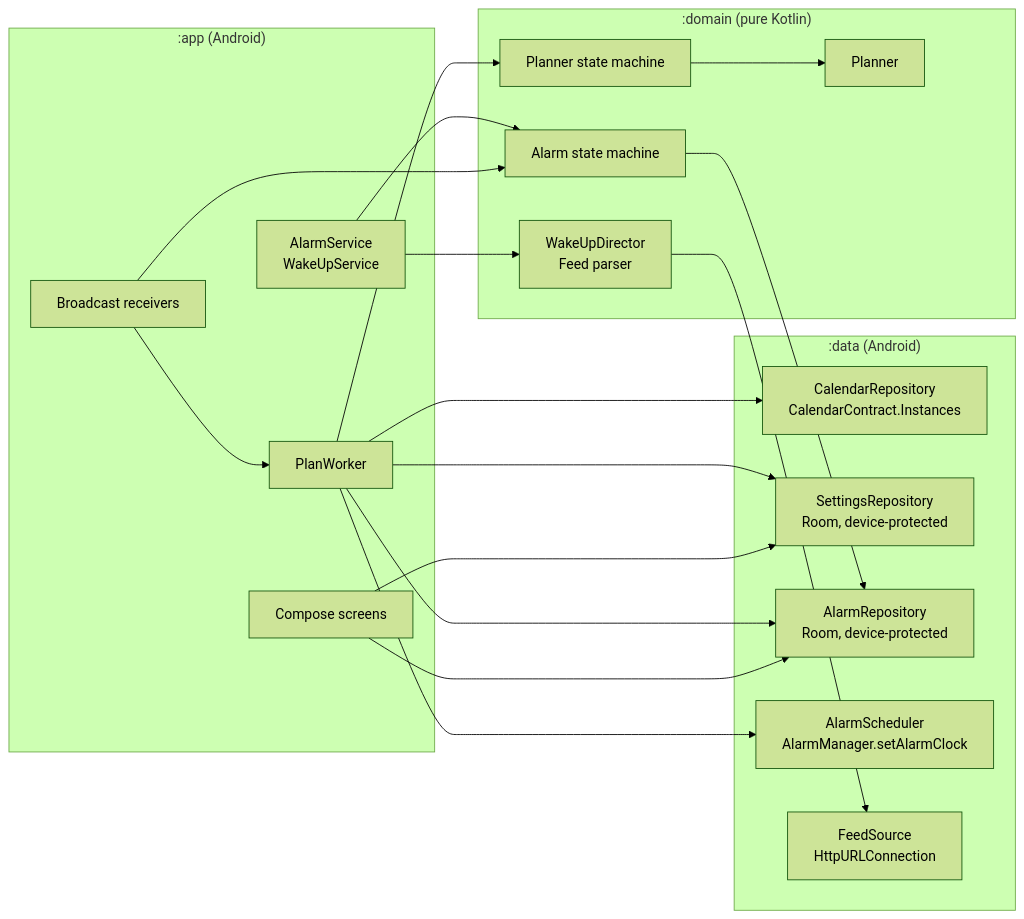
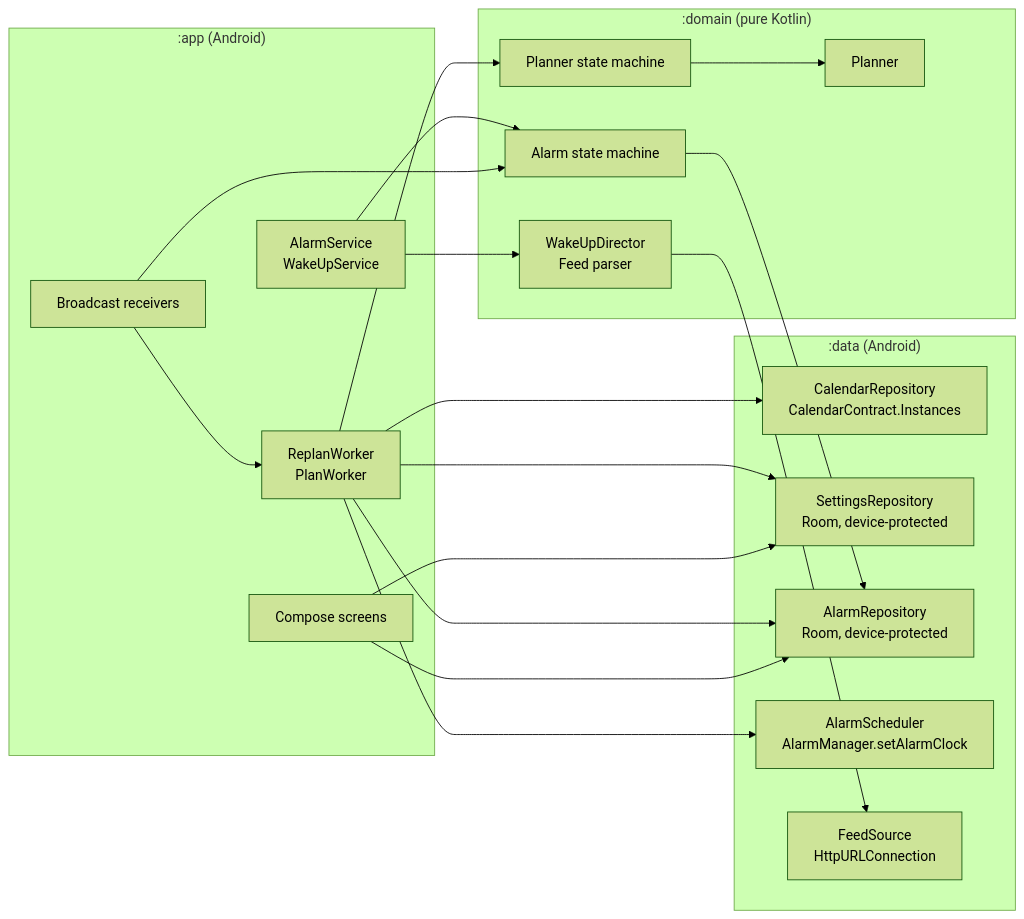
One commit to drehtuer/NextAlarmApp changed the first of 7 diagrams in docs/architecture.md. Above: the diagram before and after it, drawn with Mermaid (forest theme). The commit also changed other lines of this file and 12 other files, not shown here.

````diff
--- a/docs/architecture.md
+++ b/docs/architecture.md
@@ -43,36 +44,36 @@
 ```mermaid
 flowchart LR
     subgraph app[":app (Android)"]
         UI[Compose screens]
         RCV[Broadcast receivers]
         SVC[AlarmService<br/>WakeUpService]
-        WRK[PlanWorker]
+        WRK[ReplanWorker<br/>PlanWorker]
     end
     subgraph data[":data (Android)"]
         CAL[CalendarRepository<br/>CalendarContract.Instances]
         SET[SettingsRepository<br/>Room, device-protected]
         DB[AlarmRepository<br/>Room, device-protected]
         SCH[AlarmScheduler<br/>AlarmManager.setAlarmClock]
         FEED[FeedSource<br/>HttpURLConnection]
     end
     subgraph domain[":domain (pure Kotlin)"]
         PL[Planner]
         PSM[Planner state machine]
         ASM[Alarm state machine]
         WUD[WakeUpDirector<br/>Feed parser]
     end
     UI --> SET
     UI --> DB
     WRK --> PSM
     PSM --> PL
     WRK --> CAL
     WRK --> SET
     WRK --> DB
     WRK --> SCH
     RCV --> WRK
     RCV --> ASM
     SVC --> ASM
     ASM --> DB
     SVC --> WUD
     WUD --> FEED
 ```
````
